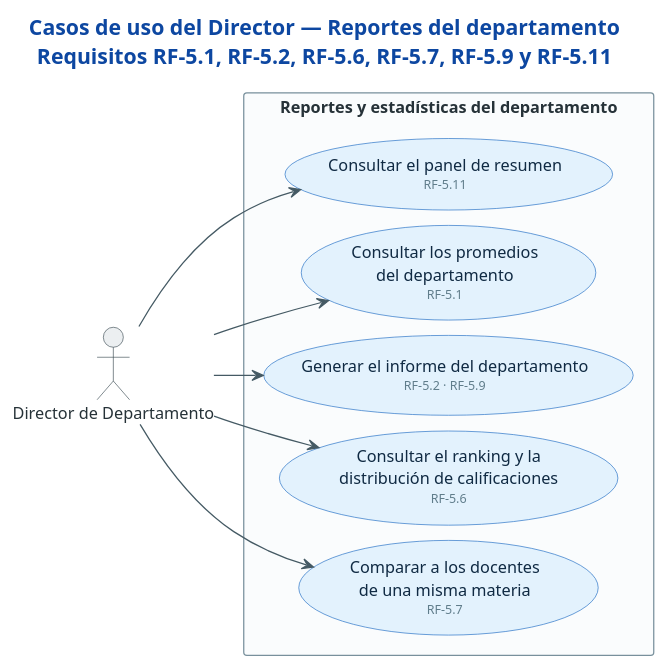
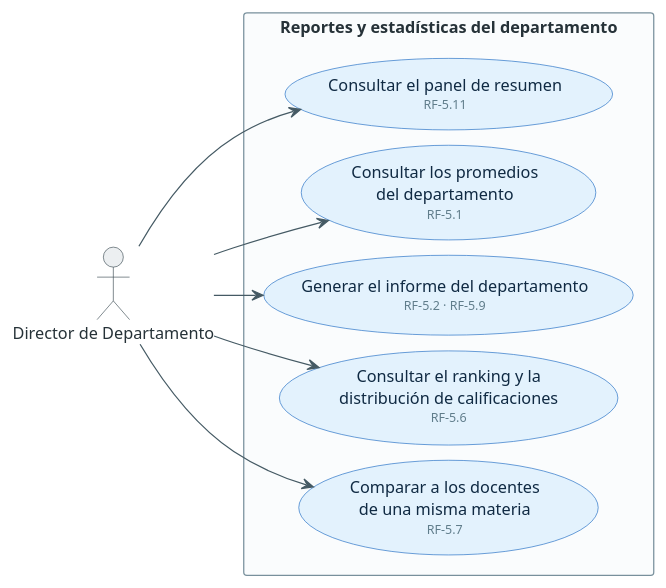
Before and after one commit to sistema-evaluacion-docente/api.evd: the diagram in docs/casos-de-uso/08-director-reportes-del-departamento.puml, drawn with PlantUML. The commit also changed 44 other files, not shown here.

First line of the commit message:
feat: add script to render use case diagrams to PDF

```diff
--- a/docs/casos-de-uso/08-director-reportes-del-departamento.puml
+++ b/docs/casos-de-uso/08-director-reportes-del-departamento.puml
@@ -1,54 +1,52 @@
 @startuml cu-08-director-reportes-del-departamento
 ' =============================================================================
 ' Sistema de Evaluación Docente (SET) — UFPS
 ' Fuente: Tabla 36 (actores) y Tabla 37 (requisitos funcionales) del documento de
 '         tesis, con la implementación de DistilUmbert-back y DistilUmbert-front.
 ' =============================================================================
-title Casos de uso del Director — Reportes del departamento\nRequisitos RF-5.1, RF-5.2, RF-5.6, RF-5.7, RF-5.9 y RF-5.11
-
 left to right direction
 
 skinparam backgroundColor #FFFFFF
 skinparam shadowing false
 skinparam defaultFontSize 13
 skinparam TitleFontSize 17
 skinparam TitleFontColor #0D47A1
 skinparam ArrowColor #455A64
 skinparam ArrowFontColor #546E7A
 skinparam ArrowFontSize 11
 skinparam nodesep 12
 skinparam ranksep 40
 skinparam actor {
   BackgroundColor #ECEFF1
   BorderColor #37474F
   FontColor #263238
 }
 skinparam usecase {
   BackgroundColor #E3F2FD
   BorderColor #1565C0
   FontColor #102A43
 }
 skinparam rectangle {
   BackgroundColor #FAFCFD
   BorderColor #78909C
   FontColor #263238
   FontStyle bold
 }
 
 actor "Director de Departamento" as DIR
 
 rectangle "Reportes y estadísticas del departamento" {
   usecase "Consultar el panel de resumen\n<size:10><color:#607D8B>RF-5.11</color></size>" as D24
   usecase "Consultar los promedios\ndel departamento\n<size:10><color:#607D8B>RF-5.1</color></size>" as D25
   usecase "Generar el informe del departamento\n<size:10><color:#607D8B>RF-5.2 · RF-5.9</color></size>" as D26
   usecase "Consultar el ranking y la\ndistribución de calificaciones\n<size:10><color:#607D8B>RF-5.6</color></size>" as D27
   usecase "Comparar a los docentes\nde una misma materia\n<size:10><color:#607D8B>RF-5.7</color></size>" as D28
 }
 
 DIR --> D24
 DIR --> D25
 DIR --> D26
 DIR --> D27
 DIR --> D28
 
 @enduml
```
